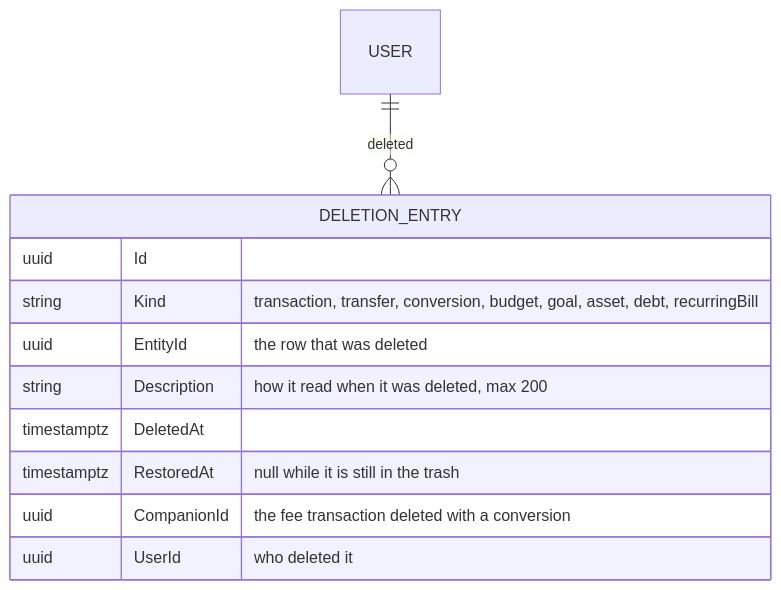
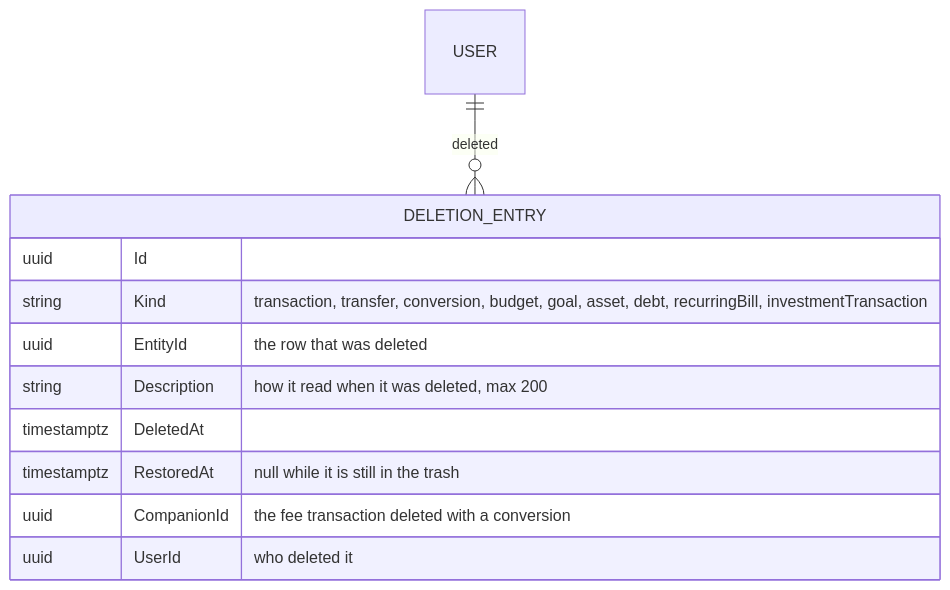
One commit to Justxs/Jx-Finance changed the first of 2 diagrams in docs/features/29. Trash and undo.md. Above: the diagram before and after it, drawn with Mermaid. The commit also changed other lines of this file and 33 other files, not shown here.

````diff
--- a/docs/features/29. Trash and undo.md
+++ b/docs/features/29. Trash and undo.md
@@ -35,14 +35,14 @@
 ```mermaid
 erDiagram
     USER ||--o{ DELETION_ENTRY : "deleted"
     DELETION_ENTRY {
         uuid Id
-        string Kind "transaction, transfer, conversion, budget, goal, asset, debt, recurringBill"
+        string Kind "transaction, transfer, conversion, budget, goal, asset, debt, recurringBill, investmentTransaction"
         uuid EntityId "the row that was deleted"
         string Description "how it read when it was deleted, max 200"
         timestamptz DeletedAt
         timestamptz RestoredAt "null while it is still in the trash"
         uuid CompanionId "the fee transaction deleted with a conversion"
         uuid UserId "who deleted it"
     }
 ```
````
